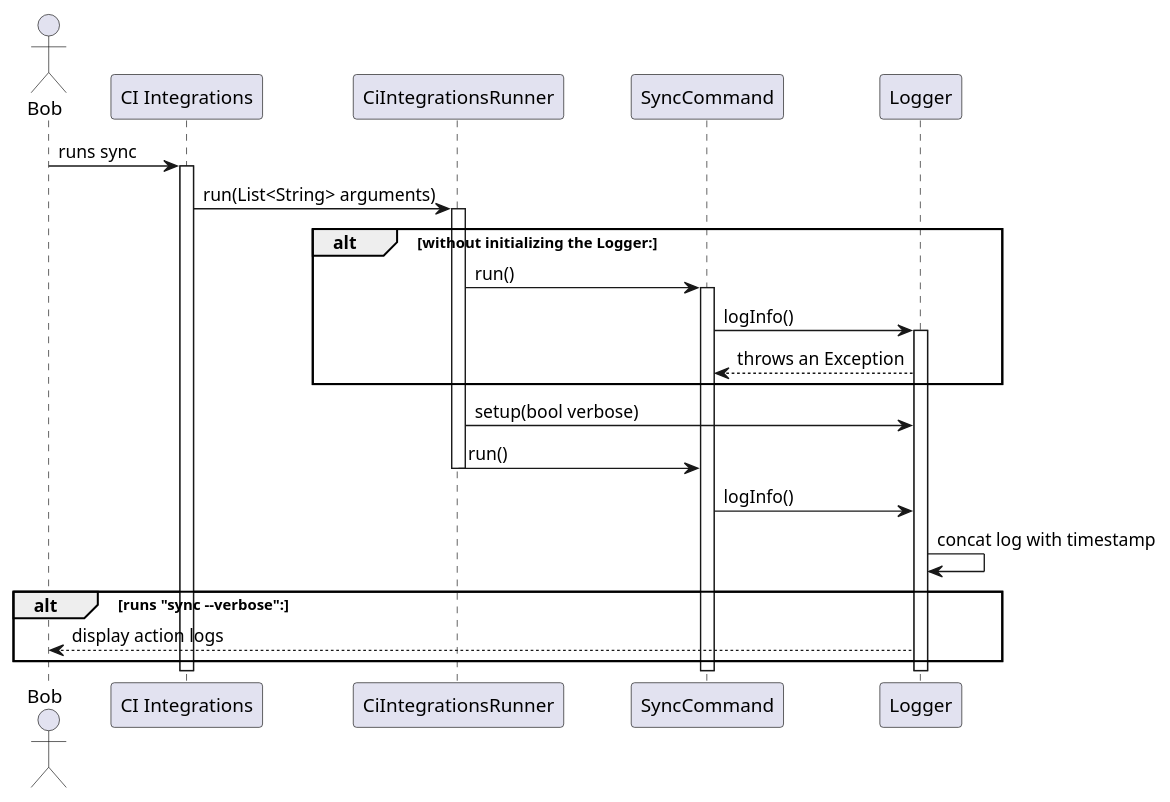
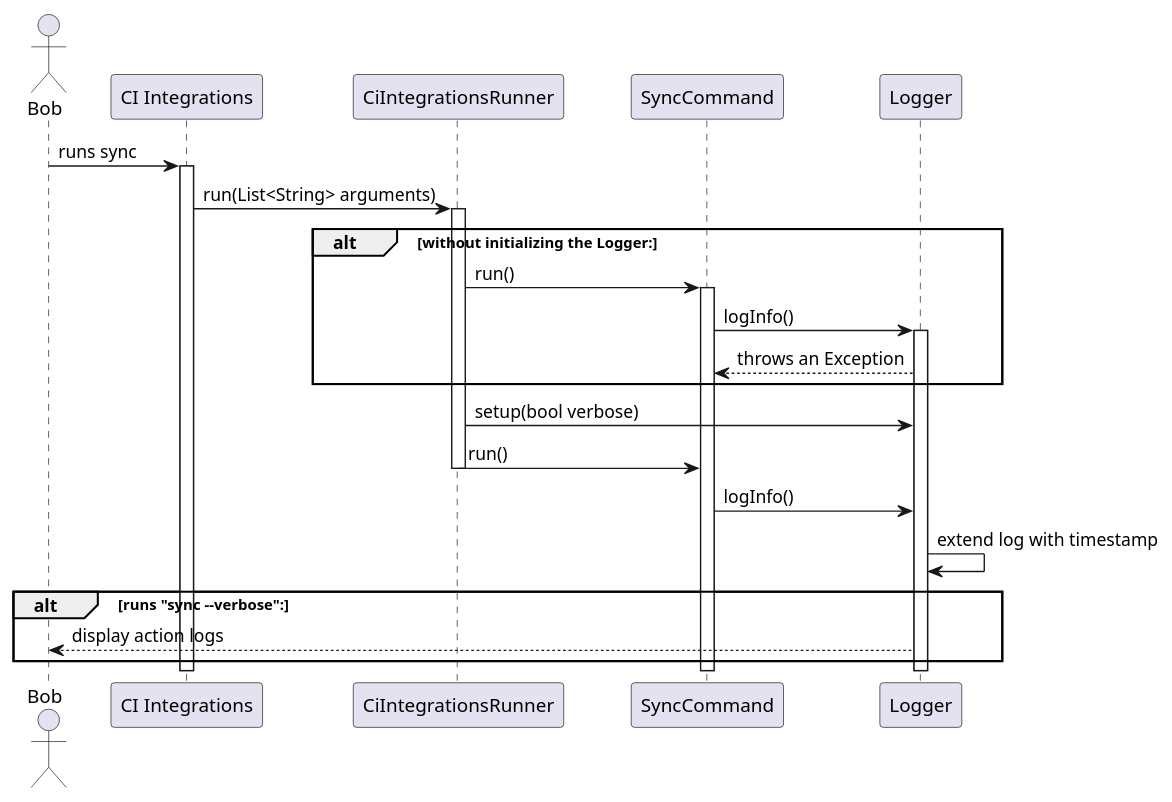
The diagram in metrics/ci_integrations/docs/diagrams/ci_integrations_verbose_mode_diagram.puml (Flank/flank-dashboard), drawn with PlantUML before and after one commit.

Commit message:
Minor diagram fix

```diff
--- a/metrics/ci_integrations/docs/diagrams/ci_integrations_verbose_mode_diagram.puml
+++ b/metrics/ci_integrations/docs/diagrams/ci_integrations_verbose_mode_diagram.puml
@@ -1,46 +1,46 @@
 @startuml ci_integrations_verbose_mode_diagram
 
 skinparam ParticipantPadding 20
 skinparam BoxPadding 10
 
 actor Bob
 
 participant "CI Integrations"
 participant CiIntegrationsRunner
 participant SyncCommand
 participant Logger
 
 Bob -> "CI Integrations" : runs sync
 activate "CI Integrations"
 
 "CI Integrations" -> CiIntegrationsRunner: run(List<String> arguments)
 activate CiIntegrationsRunner
 
 alt without initializing the Logger:
     CiIntegrationsRunner -> SyncCommand: run()
     activate SyncCommand
 
     SyncCommand -> Logger: logInfo()
     activate Logger
 
     Logger --> SyncCommand: throws an Exception
 end
 
 CiIntegrationsRunner -> Logger: setup(bool verbose)
 
 CiIntegrationsRunner -> SyncCommand: run()
 deactivate CiIntegrationsRunner
 
 SyncCommand -> Logger: logInfo()
 
-Logger -> Logger: concat log with timestamp
+Logger -> Logger: extend log with timestamp
 
 alt runs "sync --verbose":
     Logger --> Bob: display action logs
 end
 
 deactivate "CI Integrations"
 deactivate SyncCommand
 deactivate Logger
 
 @enduml
```
